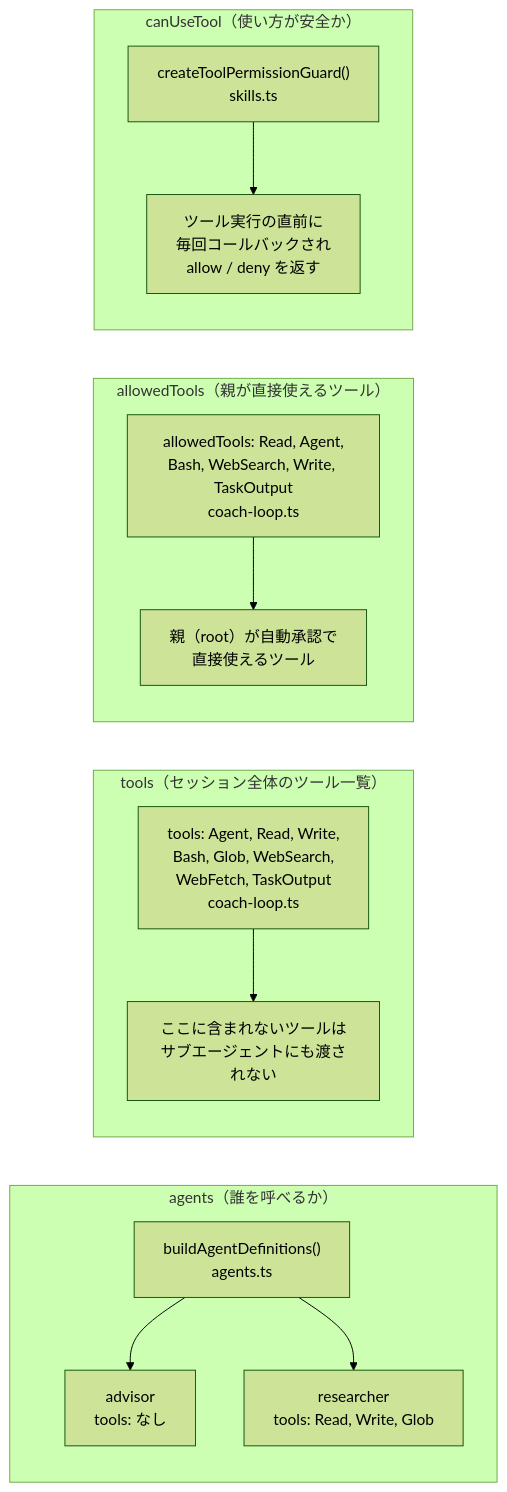
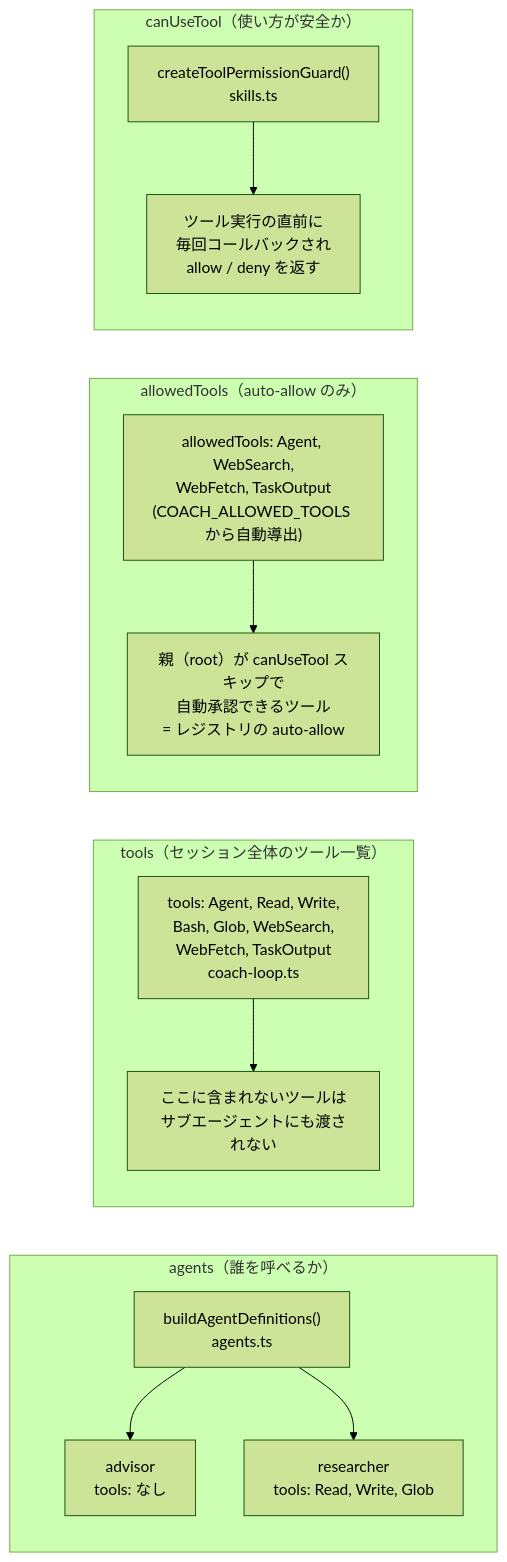
Before and after one commit to yukaorange/dcc_suport: diagram 17 of 30 in docs/architecture.md, drawn with Mermaid (forest theme). The commit also changed other lines of this file and 12 other files, not shown here.

Commit message:
chore(docs): アーキテクチャ図の更新とIllustrator/Photoshopスキルの追加

````diff
--- a/docs/architecture.md
+++ b/docs/architecture.md
@@ -512,23 +523,23 @@
 ```mermaid
 flowchart LR
     subgraph agents_prop ["agents（誰を呼べるか）"]
         Def["buildAgentDefinitions()<br>agents.ts"]
         Def --> Advisor2["advisor<br>tools: なし"]
         Def --> Researcher2["researcher<br>tools: Read, Write, Glob"]
     end
 
     subgraph tools_prop ["tools（セッション全体のツール一覧）"]
         Tools2["tools: Agent, Read, Write,<br>Bash, Glob, WebSearch,<br>WebFetch, TaskOutput<br>coach-loop.ts"]
         Tools2 --> Menu["ここに含まれないツールは<br>サブエージェントにも渡されない"]
     end
 
-    subgraph allowed_prop ["allowedTools（親が直接使えるツール）"]
-        Allowed["allowedTools: Read, Agent,<br>Bash, WebSearch, Write, TaskOutput<br>coach-loop.ts"]
-        Allowed --> Restrict["親（root）が自動承認で<br>直接使えるツール"]
+    subgraph allowed_prop ["allowedTools（auto-allow のみ）"]
+        Allowed["allowedTools: Agent, WebSearch,<br>WebFetch, TaskOutput<br>(COACH_ALLOWED_TOOLS から自動導出)"]
+        Allowed --> Restrict["親（root）が canUseTool スキップで<br>自動承認できるツール<br>= レジストリの auto-allow"]
     end
 
     subgraph canuse_prop ["canUseTool（使い方が安全か）"]
         Guard2["createToolPermissionGuard()<br>skills.ts"]
         Guard2 --> Check["ツール実行の直前に<br>毎回コールバックされ<br>allow / deny を返す"]
     end
 ```
````
